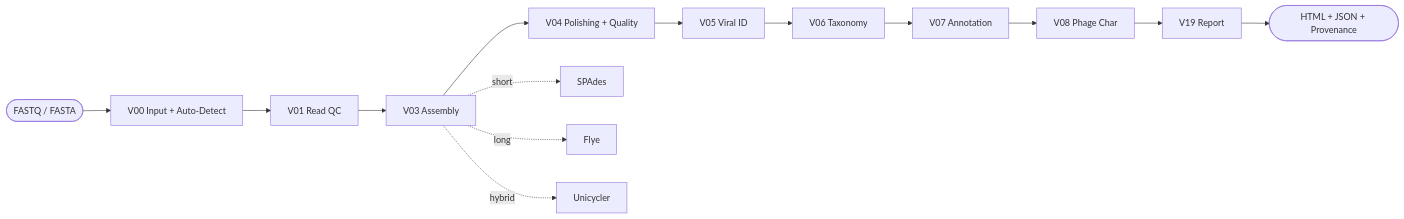
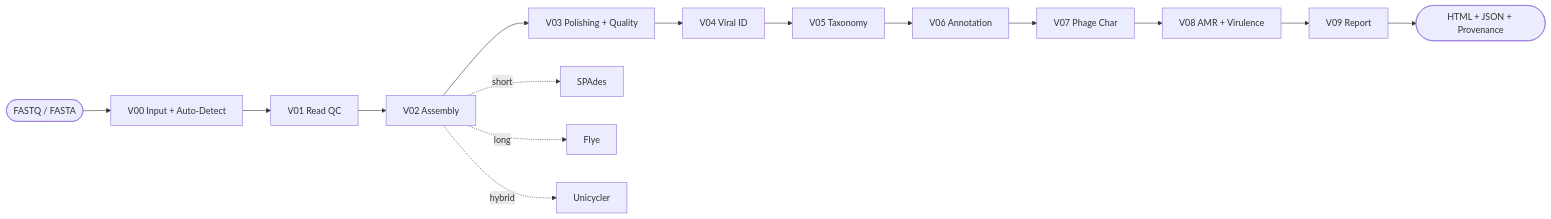
One commit to aliarslan47/VirusForge changed the diagram in README.md. Above: the diagram before and after it, drawn with Mermaid. The commit also changed other lines of this file and 22 other files, not shown here.

````diff
--- a/README.md
+++ b/README.md
@@ -31,17 +31,18 @@
 ```mermaid
 flowchart LR
     IN([FASTQ / FASTA]) --> V00[V00 Input + Auto-Detect]
     V00 --> V01[V01 Read QC]
-    V01 --> V03[V03 Assembly]
-    V03 --> V04[V04 Polishing + Quality]
-    V04 --> V05[V05 Viral ID]
-    V05 --> V06[V06 Taxonomy]
-    V06 --> V07[V07 Annotation]
-    V07 --> V08[V08 Phage Char]
-    V08 --> V19[V19 Report]
-    V19 --> OUT([HTML + JSON + Provenance])
+    V01 --> V02[V02 Assembly]
+    V02 --> V03[V03 Polishing + Quality]
+    V03 --> V04[V04 Viral ID]
+    V04 --> V05[V05 Taxonomy]
+    V05 --> V06[V06 Annotation]
+    V06 --> V07[V07 Phage Char]
+    V07 --> V08[V08 AMR + Virulence]
+    V08 --> V09[V09 Report]
+    V09 --> OUT([HTML + JSON + Provenance])
 
-    V03 -. short .-> SP[SPAdes]
-    V03 -. long .-> FL[Flye]
-    V03 -. hybrid .-> UC[Unicycler]
+    V02 -. short .-> SP[SPAdes]
+    V02 -. long .-> FL[Flye]
+    V02 -. hybrid .-> UC[Unicycler]
 ```
````
